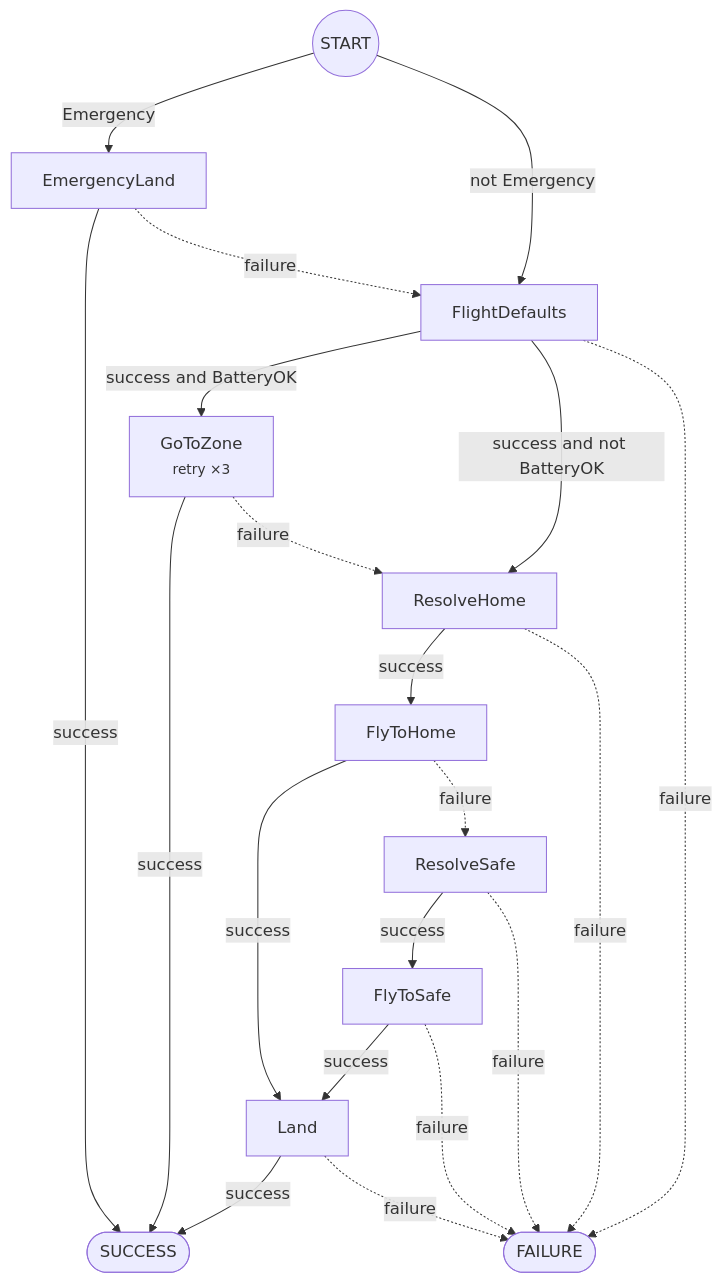
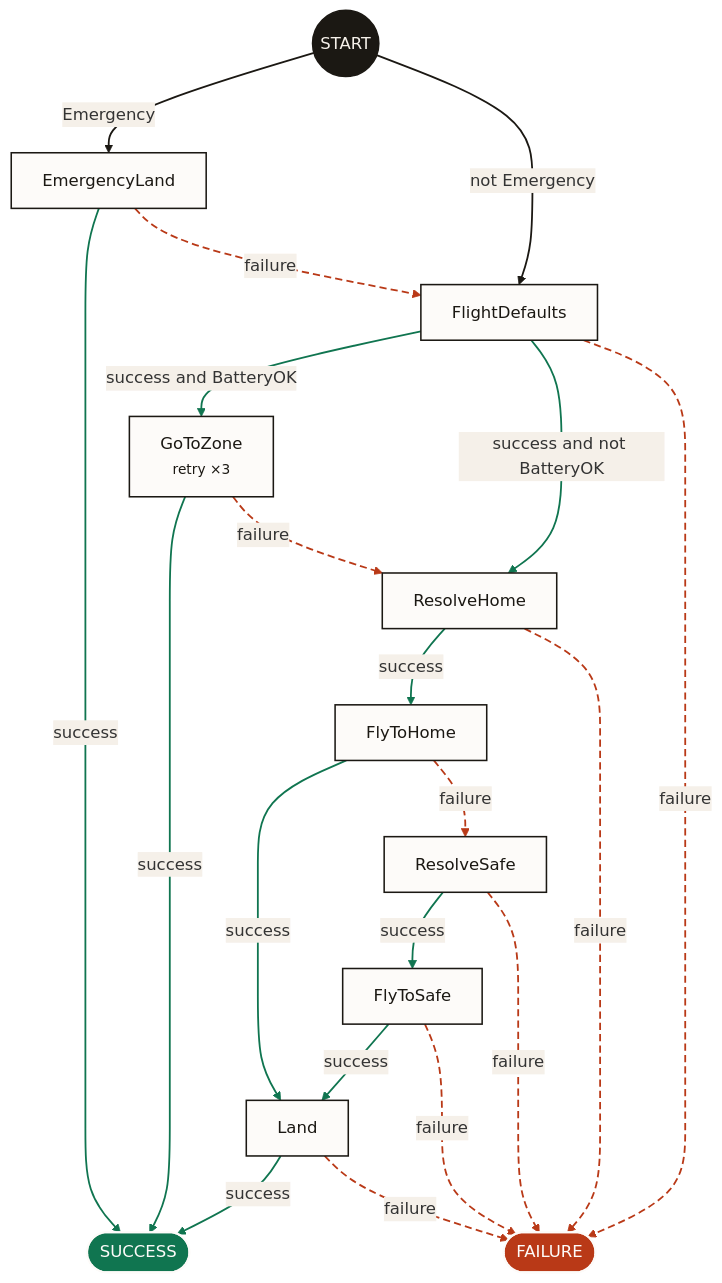
The diagram in README.md (guilyx/beehave), drawn with Mermaid before and after one commit. The commit also changed 2 other files, not shown here.

Commit message:
docs: show real beehave output for the landing graph
The README, the home page and the Phase 1 spec now embed the actual
Mermaid output, and a test fails if they drift from it.

````diff
--- a/README.md
+++ b/README.md
@@ -50,33 +50,52 @@
 ```mermaid
+---
+config:
+  theme: base
+  themeVariables:
+    edgeLabelBackground: "#f5f0e9"
+    lineColor: "#1b1813"
+---
+%% Beehave action graph: Mission (btcpp-v3)
 flowchart TD
     start(("START"))
     a1["EmergencyLand"]
     a2["FlightDefaults"]
     a3["GoToZone<br/><small>retry ×3</small>"]
     a4["ResolveHome"]
     a5["FlyToHome"]
     a6["ResolveSafe"]
     a7["FlyToSafe"]
     a8["Land"]
     success(["SUCCESS"])
     failure(["FAILURE"])
     start -->|"Emergency"| a1
     start -->|"not Emergency"| a2
     a1 -->|"success"| success
     a1 -.->|"failure"| a2
     a2 -->|"success and BatteryOK"| a3
     a2 -->|"success and not BatteryOK"| a4
     a2 -.->|"failure"| failure
     a3 -->|"success"| success
     a3 -.->|"failure"| a4
     a4 -->|"success"| a5
     a4 -.->|"failure"| failure
     a5 -->|"success"| a8
     a5 -.->|"failure"| a6
     a6 -->|"success"| a7
     a6 -.->|"failure"| failure
     a7 -->|"success"| a8
     a7 -.->|"failure"| failure
     a8 -->|"success"| success
     a8 -.->|"failure"| failure
+    classDef start fill:#1b1813,stroke:#1b1813,stroke-width:1.5px,color:#f5f0e9
+    classDef action fill:#fdfbf9,stroke:#1b1813,stroke-width:1.5px,color:#1b1813
+    classDef success fill:#107550,stroke:#fdfbf9,stroke-width:2px,color:#fdfbf9
+    classDef failure fill:#b93917,stroke:#fdfbf9,stroke-width:2px,color:#fdfbf9
+    class start start
+    class a1,a2,a3,a4,a5,a6,a7,a8 action
+    class success success
+    class failure failure
+    linkStyle 0,1 stroke:#1b1813,stroke-width:1.75px
+    linkStyle 2,4,5,7,9,11,13,15,17 stroke:#107550,stroke-width:1.75px
+    linkStyle 3,6,8,10,12,14,16,18 stroke:#b93917,stroke-width:1.75px,stroke-dasharray:7 4
 ```
````
